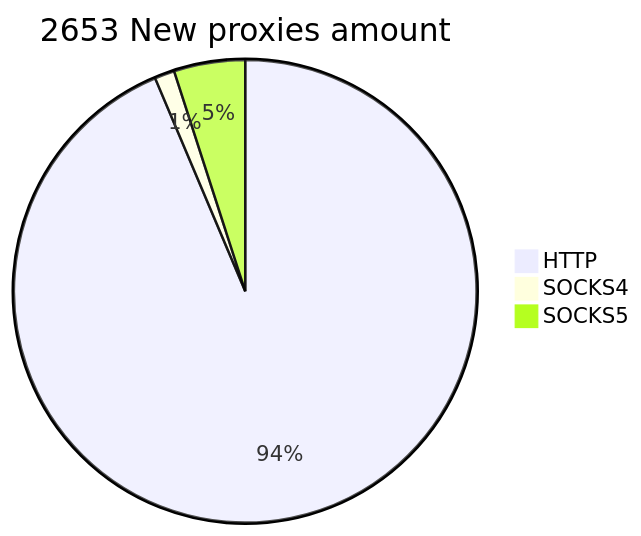
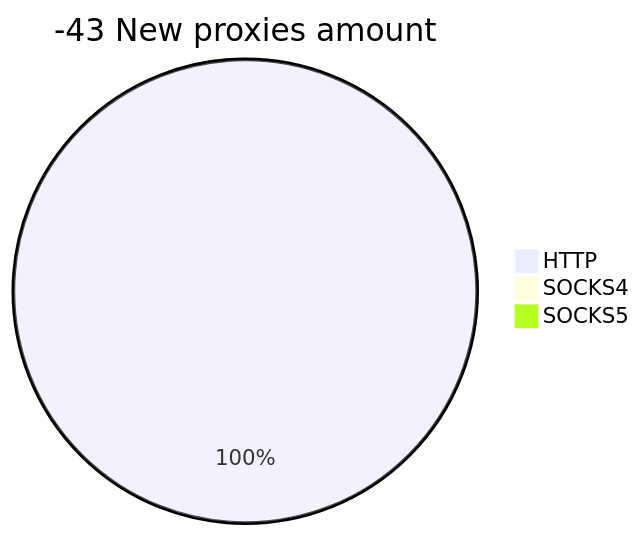
The second of 2 diagrams in README.md (cutipu/proxylist), drawn with Mermaid before and after one commit. The commit also changed other lines of this file, not shown here.

````diff
--- a/README.md
+++ b/README.md
@@ -10,6 +10,6 @@
 ```mermaid
-pie title 2653 New proxies amount
-    "HTTP" : 2484
-    "SOCKS4" : 37
-    "SOCKS5" : 132
+pie title -43 New proxies amount
+    "HTTP" : 16
+    "SOCKS4" : 0
+    "SOCKS5" : 0
 ```
````
